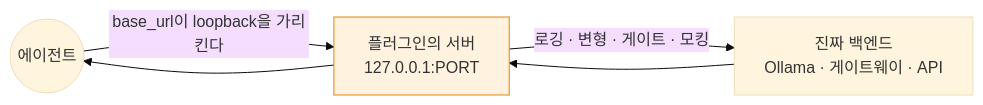
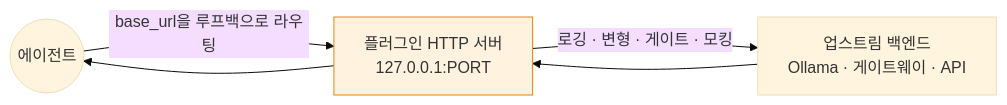
The fifth of 6 diagrams in docs/EXTENDING.ko.md (sayaya1090/magi), drawn with Mermaid (base theme) before and after one commit. The commit also changed other lines of this file, not shown here.

````diff
--- a/docs/EXTENDING.ko.md
+++ b/docs/EXTENDING.ko.md
@@ -629,8 +507,8 @@
 ```mermaid
 flowchart LR
-    AG((에이전트)) -->|base_url이 loopback을 가리킨다| PX["플러그인의 서버<br/>127.0.0.1:PORT"]
-    PX -->|로깅 · 변형 · 게이트 · 모킹| UP[진짜 백엔드<br/>Ollama · 게이트웨이 · API]
+    AG((에이전트)) -->|base_url을 루프백으로 라우팅| PX["플러그인 HTTP 서버<br/>127.0.0.1:PORT"]
+    PX -->|로깅 · 변형 · 게이트 · 모킹| UP[업스트림 백엔드<br/>Ollama · 게이트웨이 · API]
     UP --> PX --> AG
 
     style PX fill:#fff3e0,stroke:#e8820c
 ```
````
